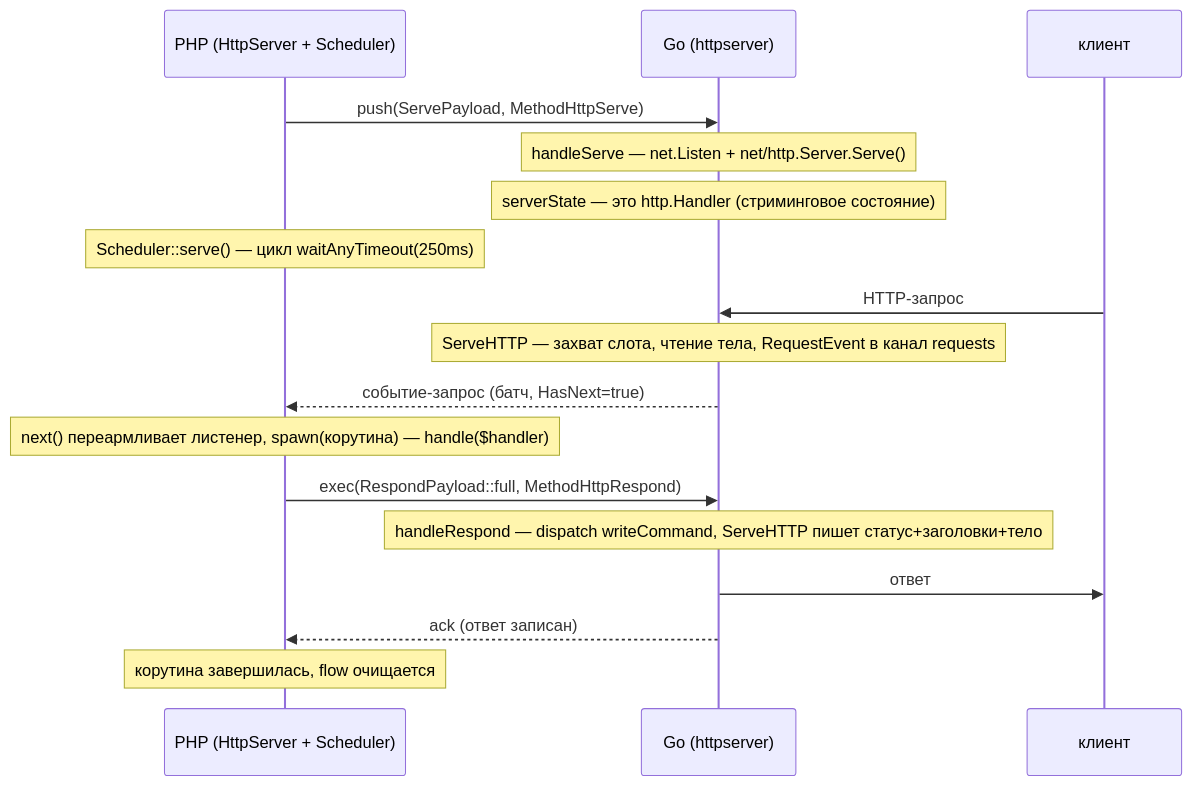
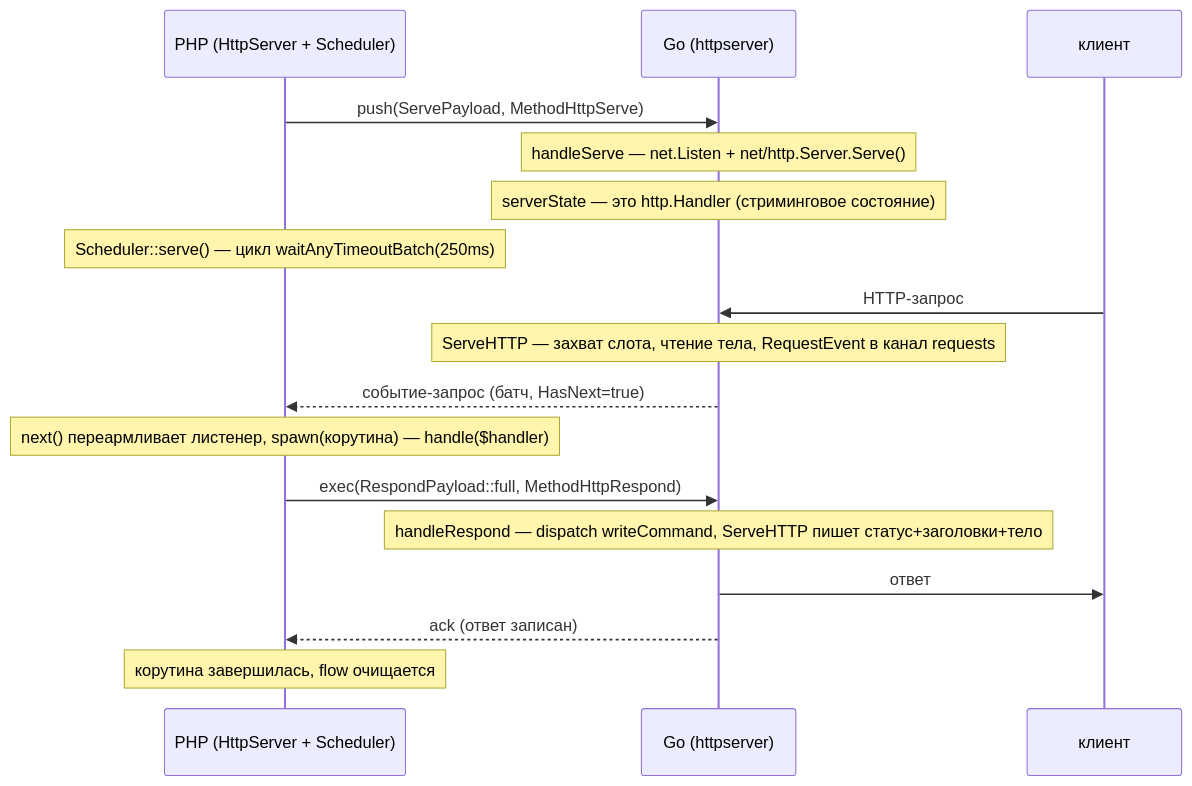
One commit to sprust/sconcur changed the third of 3 diagrams in docs/http-server.ru.md. Above: the diagram before and after it, drawn with Mermaid. The commit also changed other lines of this file and 29 other files, not shown here.

````diff
--- a/docs/http-server.ru.md
+++ b/docs/http-server.ru.md
@@ -701,20 +707,20 @@
 ```mermaid
 sequenceDiagram
     participant PHP as PHP (HttpServer + Scheduler)
     participant Go as Go (httpserver)
     participant Client as клиент
 
     PHP->>Go: push(ServePayload, MethodHttpServe)
     Note over Go: handleServe — net.Listen + net/http.Server.Serve()
     Note over Go: serverState — это http.Handler (стриминговое состояние)
-    Note over PHP: Scheduler::serve() — цикл waitAnyTimeout(250ms)
+    Note over PHP: Scheduler::serve() — цикл waitAnyTimeoutBatch(250ms)
     Client->>Go: HTTP-запрос
     Note over Go: ServeHTTP — захват слота, чтение тела, RequestEvent в канал requests
     Go-->>PHP: событие-запрос (батч, HasNext=true)
     Note over PHP: next() переармливает листенер, spawn(корутина) — handle($handler)
     PHP->>Go: exec(RespondPayload::full, MethodHttpRespond)
     Note over Go: handleRespond — dispatch writeCommand, ServeHTTP пишет статус+заголовки+тело
     Go->>Client: ответ
     Go-->>PHP: ack (ответ записан)
     Note over PHP: корутина завершилась, flow очищается
 ```
````
